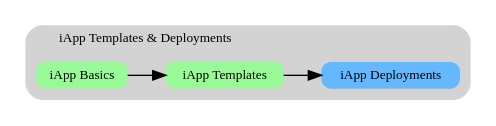
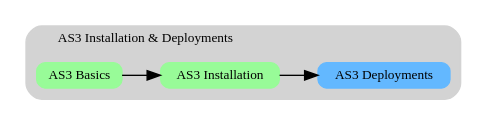
Before and after one commit to f5devcentral/f5-automation-labs: the first of 2 diagrams in docs/class1/module2/lab3.rst, drawn with Graphviz. The commit also changed other lines of this file and 224 other files, not shown here.

```diff
--- a/docs/class1/module2/lab3.rst
+++ b/docs/class1/module2/lab3.rst
@@ -4,19 +4,19 @@
 .. graphviz::
 
    digraph breadcrumb {
       rankdir="LR"
       ranksep=.4
       node [fontsize=10,style="rounded,filled",shape=box,color=gray72,margin="0.05,0.05",height=0.1]
       fontsize = 10
       labeljust="l"
       subgraph cluster_provider {
          style = "rounded,filled"
          color = lightgrey
          height = .75
-         label = "iApp Templates & Deployments"
-         basics [label="iApp Basics",color="palegreen"]
-         templates [label="iApp Templates",color="palegreen"]
-         deployments [label="iApp Deployments",color="steelblue1"]
+         label = "AS3 Installation & Deployments"
+         basics [label="AS3 Basics",color="palegreen"]
+         templates [label="AS3 Installation",color="palegreen"]
+         deployments [label="AS3 Deployments",color="steelblue1"]
          basics -> templates -> deployments
       }
    }
```
